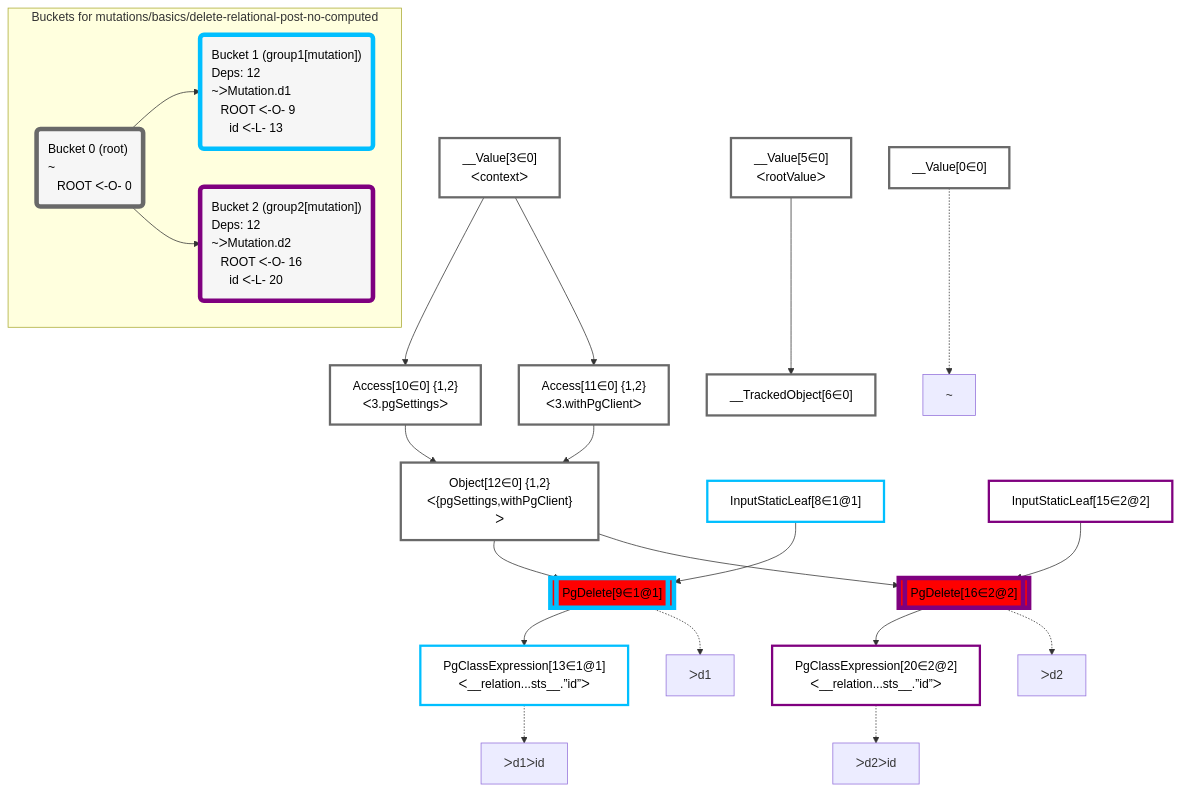
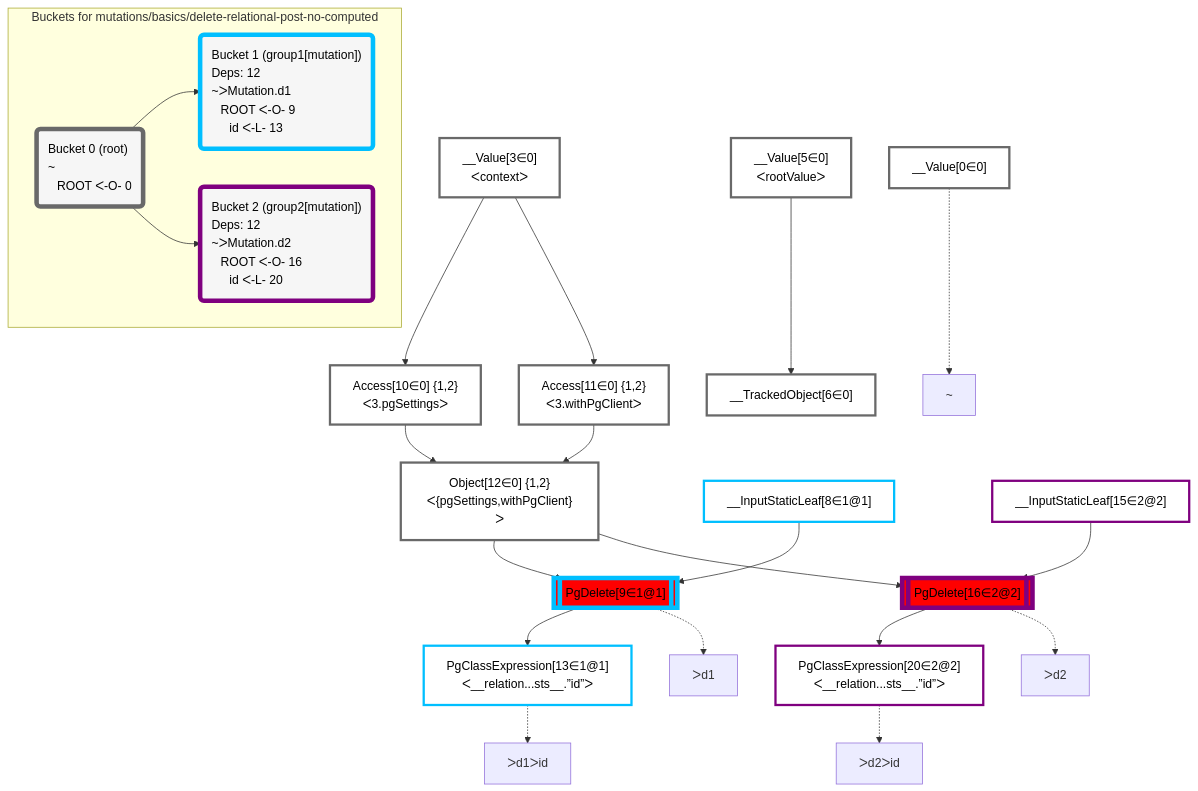
Before and after one commit to graphile/crystal: the diagram in packages/dataplan-pg/__tests__/mutations/basics/delete-relational-post-no-computed.mermaid.md, drawn with Mermaid. The commit also changed 79 other files, not shown here.

````diff
--- a/packages/dataplan-pg/__tests__/mutations/basics/delete-relational-post-no-computed.mermaid.md
+++ b/packages/dataplan-pg/__tests__/mutations/basics/delete-relational-post-no-computed.mermaid.md
@@ -1,59 +1,59 @@
 ```mermaid
 graph TD
     classDef path fill:#eee,stroke:#000,color:#000
     classDef plan fill:#fff,stroke-width:3px,color:#000
     classDef itemplan fill:#fff,stroke-width:6px,color:#000
     classDef sideeffectplan fill:#f00,stroke-width:6px,color:#000
     classDef bucket fill:#f6f6f6,color:#000,stroke-width:6px,text-align:left
 
 
     %% define plans
     __Value0["__Value[0∈0]"]:::plan
     PgClassExpression13["PgClassExpression[13∈1@1]<br />ᐸ__relation...sts__.”id”ᐳ"]:::plan
     PgDelete9[["PgDelete[9∈1@1]"]]:::sideeffectplan
     PgClassExpression20["PgClassExpression[20∈2@2]<br />ᐸ__relation...sts__.”id”ᐳ"]:::plan
     PgDelete16[["PgDelete[16∈2@2]"]]:::sideeffectplan
     Object12["Object[12∈0] {1,2}<br />ᐸ{pgSettings,withPgClient}ᐳ"]:::plan
     Access10["Access[10∈0] {1,2}<br />ᐸ3.pgSettingsᐳ"]:::plan
     Access11["Access[11∈0] {1,2}<br />ᐸ3.withPgClientᐳ"]:::plan
     __Value3["__Value[3∈0]<br />ᐸcontextᐳ"]:::plan
     __TrackedObject6["__TrackedObject[6∈0]"]:::plan
     __Value5["__Value[5∈0]<br />ᐸrootValueᐳ"]:::plan
-    InputStaticLeaf8["InputStaticLeaf[8∈1@1]"]:::plan
-    InputStaticLeaf15["InputStaticLeaf[15∈2@2]"]:::plan
+    __InputStaticLeaf8["__InputStaticLeaf[8∈1@1]"]:::plan
+    __InputStaticLeaf15["__InputStaticLeaf[15∈2@2]"]:::plan
 
     %% plan dependencies
     PgDelete9 --> PgClassExpression13
-    Object12 & InputStaticLeaf8 --> PgDelete9
+    Object12 & __InputStaticLeaf8 --> PgDelete9
     PgDelete16 --> PgClassExpression20
-    Object12 & InputStaticLeaf15 --> PgDelete16
+    Object12 & __InputStaticLeaf15 --> PgDelete16
     Access10 & Access11 --> Object12
     __Value3 --> Access10
     __Value3 --> Access11
     __Value5 --> __TrackedObject6
 
     %% plan-to-path relationships
     P0["~"]
     __Value0 -.-> P0
     P9["ᐳd1"]
     PgDelete9 -.-> P9
     P13["ᐳd1ᐳid"]
     PgClassExpression13 -.-> P13
     P16["ᐳd2"]
     PgDelete16 -.-> P16
     P20["ᐳd2ᐳid"]
     PgClassExpression20 -.-> P20
 
     subgraph "Buckets for mutations/basics/delete-relational-post-no-computed"
     Bucket0("Bucket 0 (root)<br />~<br />⠀ROOT ᐸ-O- 0"):::bucket
     classDef bucket0 stroke:#696969
     class Bucket0,__Value0,__Value3,__Value5,__TrackedObject6,Access10,Access11,Object12 bucket0
     Bucket1("Bucket 1 (group1[mutation])<br />Deps: 12<br />~ᐳMutation.d1<br />⠀ROOT ᐸ-O- 9<br />⠀⠀id ᐸ-L- 13"):::bucket
     classDef bucket1 stroke:#00bfff
-    class Bucket1,InputStaticLeaf8,PgDelete9,PgClassExpression13 bucket1
+    class Bucket1,__InputStaticLeaf8,PgDelete9,PgClassExpression13 bucket1
     Bucket2("Bucket 2 (group2[mutation])<br />Deps: 12<br />~ᐳMutation.d2<br />⠀ROOT ᐸ-O- 16<br />⠀⠀id ᐸ-L- 20"):::bucket
     classDef bucket2 stroke:#7f007f
-    class Bucket2,InputStaticLeaf15,PgDelete16,PgClassExpression20 bucket2
+    class Bucket2,__InputStaticLeaf15,PgDelete16,PgClassExpression20 bucket2
     Bucket0 --> Bucket1 & Bucket2
     end
 ```
````
